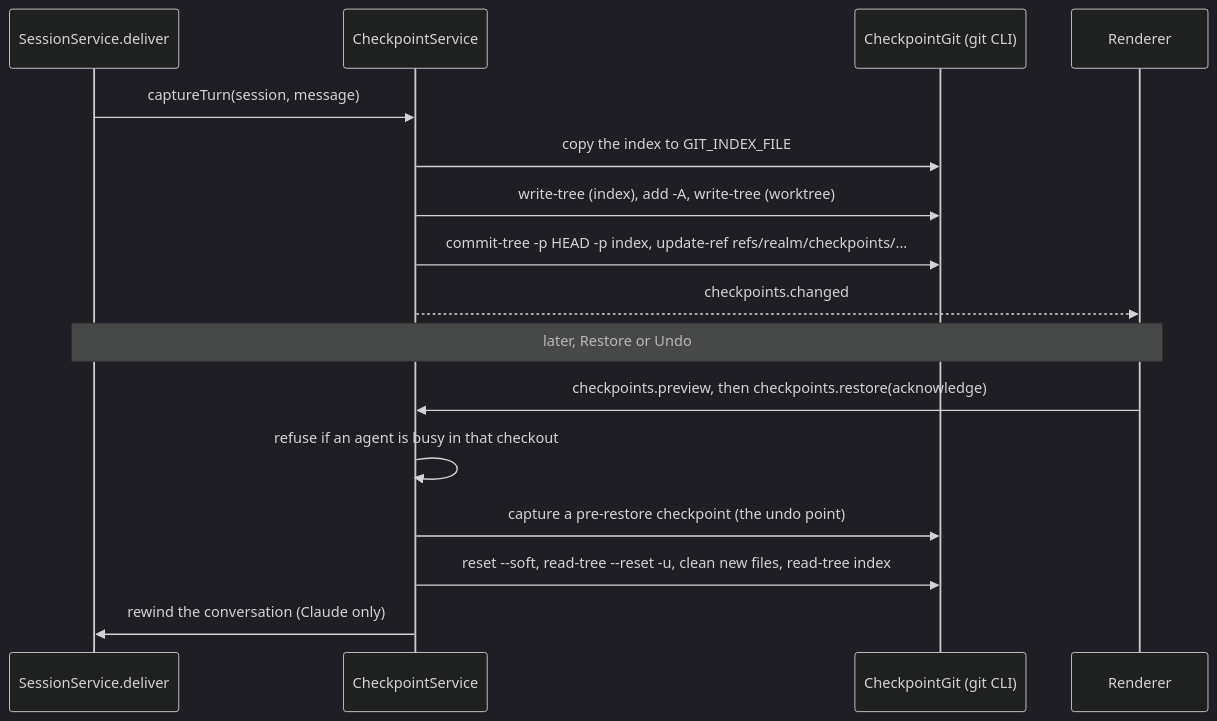
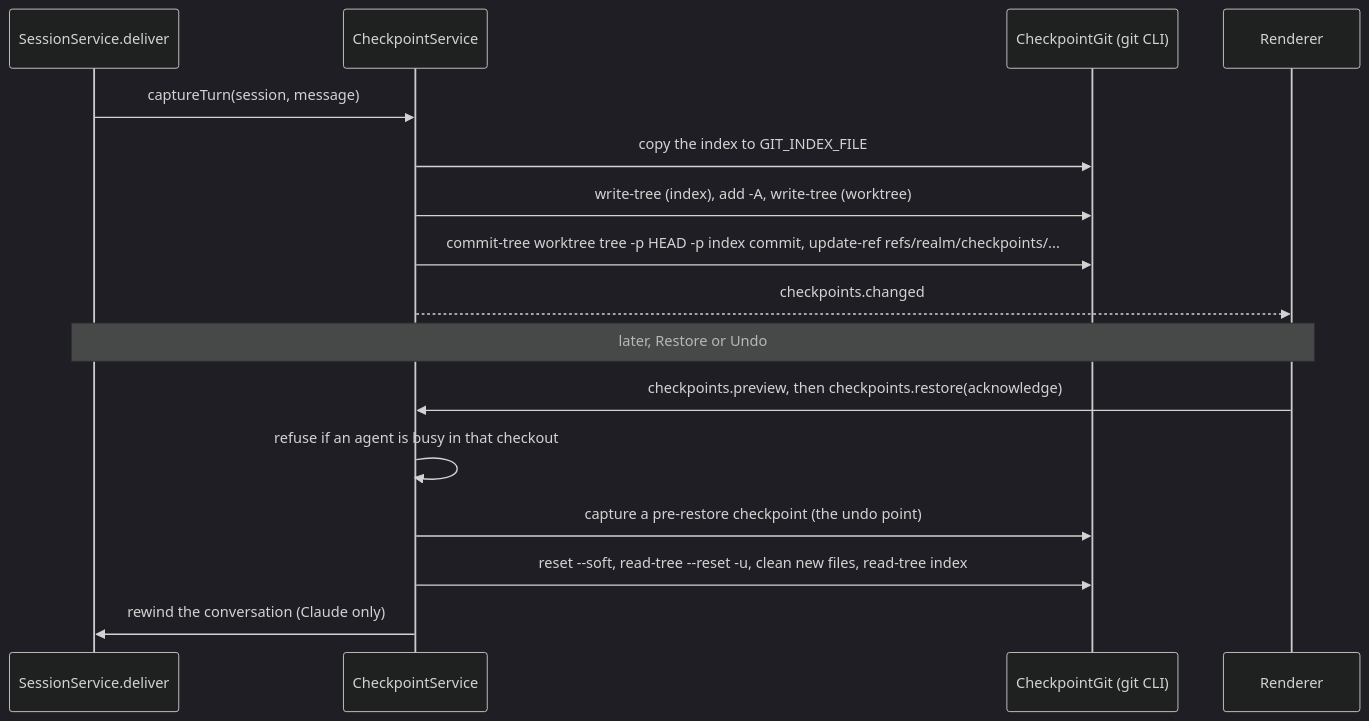
Diagram 11 of 20 in docs/architecture/features.md (31Carlton7/realm), drawn with Mermaid (dark theme) before and after one commit. The commit also changed other lines of this file, not shown here.

First line of the commit message:
Say exactly when cards appear in Full access, how a checkpoint commit is built, and what a terminal keeps

````diff
--- a/docs/architecture/features.md
+++ b/docs/architecture/features.md
@@ -485,18 +487,18 @@
 ```mermaid
 sequenceDiagram
   participant S as SessionService.deliver
   participant K as CheckpointService
   participant Git as CheckpointGit (git CLI)
   participant R as Renderer
   S->>K: captureTurn(session, message)
   K->>Git: copy the index to GIT_INDEX_FILE
   K->>Git: write-tree (index), add -A, write-tree (worktree)
-  K->>Git: commit-tree -p HEAD -p index, update-ref refs/realm/checkpoints/...
+  K->>Git: commit-tree worktree tree -p HEAD -p index commit, update-ref refs/realm/checkpoints/...
   K-->>R: checkpoints.changed
   Note over S,R: later, Restore or Undo
   R->>K: checkpoints.preview, then checkpoints.restore(acknowledge)
   K->>K: refuse if an agent is busy in that checkout
   K->>Git: capture a pre-restore checkpoint (the undo point)
   K->>Git: reset --soft, read-tree --reset -u, clean new files, read-tree index
   K->>S: rewind the conversation (Claude only)
 ```
````
